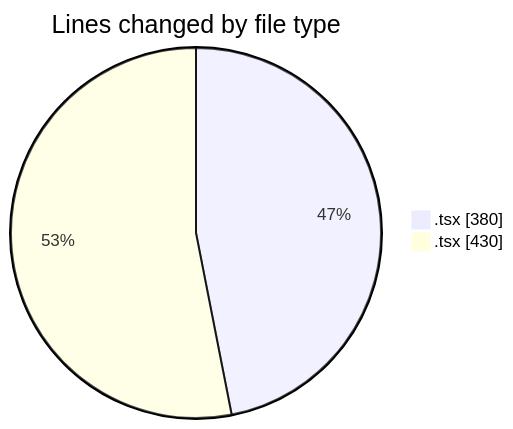
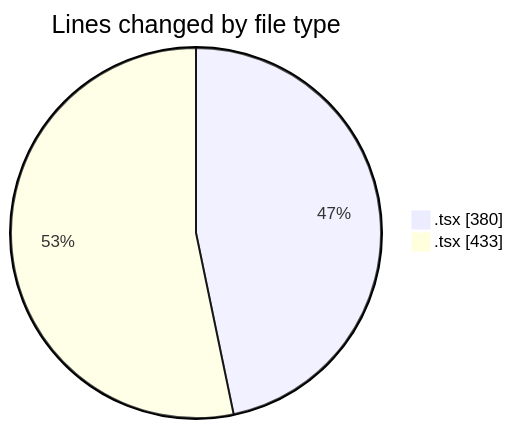
Before and after one commit to robertbonfada/code-tracking: the first of 2 diagrams in 2025-02-06/mbc-web/README.md, drawn with Mermaid. The commit also changed other lines of this file and 1 other file, not shown here.

````diff
--- a/2025-02-06/mbc-web/README.md
+++ b/2025-02-06/mbc-web/README.md
@@ -23,6 +23,6 @@
 ```mermaid
 pie showData
 title Lines changed by file type
 ".tsx " : 380
-".tsx" : 430
+".tsx" : 433
 ```
````
